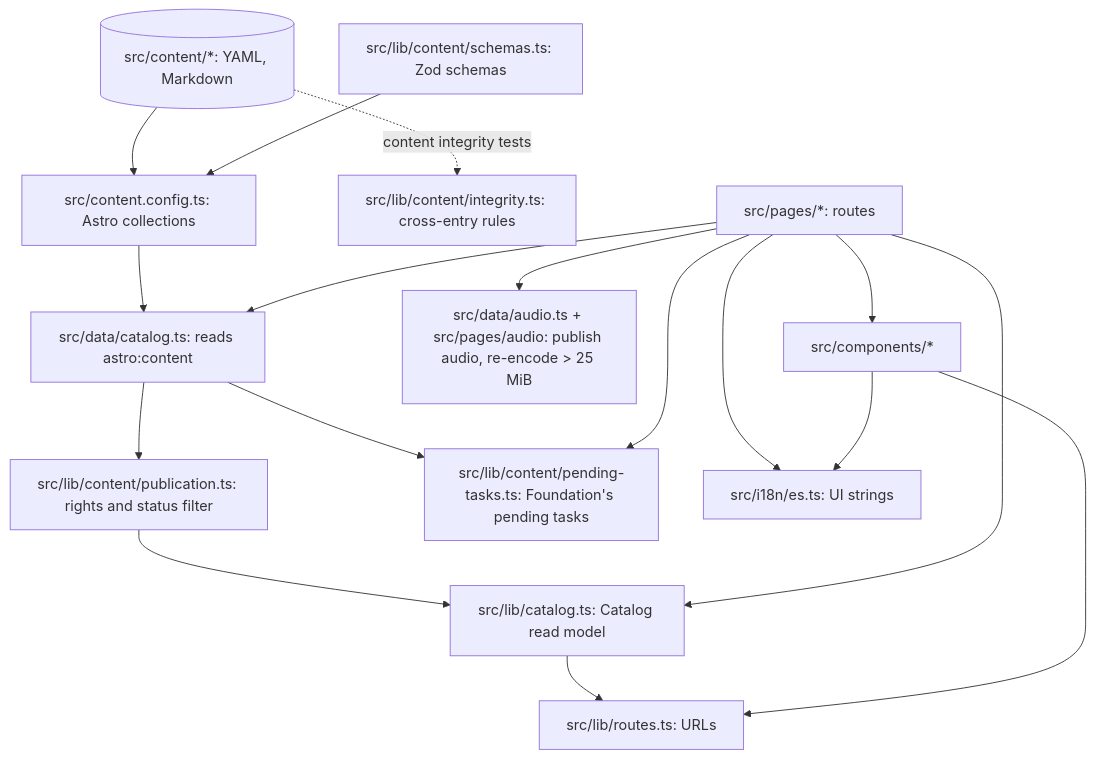
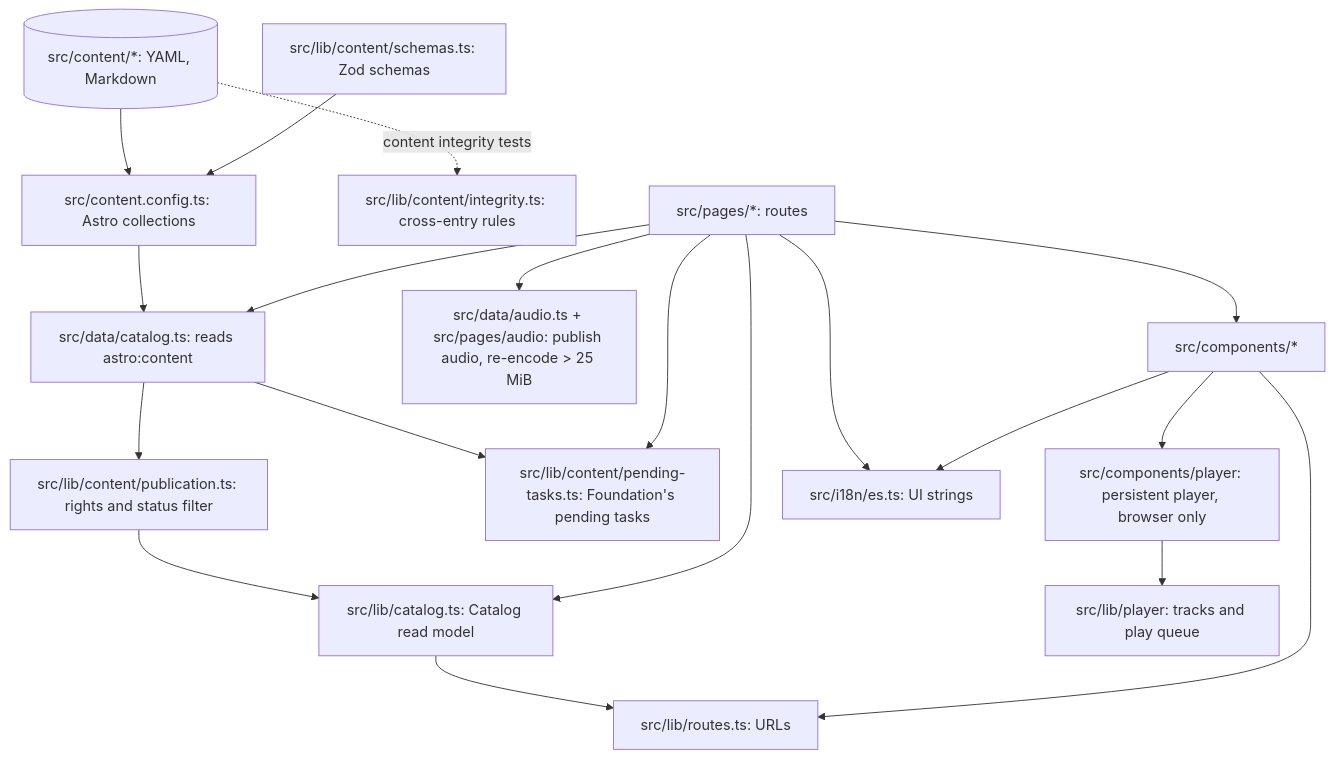
The third of 6 diagrams in docs/architecture.md (jordanmontt/AMADEU), drawn with Mermaid before and after one commit. The commit also changed other lines of this file and 37 other files, not shown here.

First line of the commit message:
feat: persistent audio player with a queue (H3)

````diff
--- a/docs/architecture.md
+++ b/docs/architecture.md
@@ -78,32 +78,36 @@
 ```mermaid
 flowchart TB
   files[(src/content/*: YAML, Markdown)]
   config[src/content.config.ts: Astro collections]
   schemas[src/lib/content/schemas.ts: Zod schemas]
   loader[src/data/catalog.ts: reads astro:content]
   publication[src/lib/content/publication.ts: rights and status filter]
   catalog[src/lib/catalog.ts: Catalog read model]
   routes[src/lib/routes.ts: URLs]
   integrity[src/lib/content/integrity.ts: cross-entry rules]
   tasks[src/lib/content/pending-tasks.ts: Foundation's pending tasks]
   audio[src/data/audio.ts + src/pages/audio: publish audio, re-encode > 25 MiB]
+  player[src/components/player: persistent player, browser only]
+  queue[src/lib/player: tracks and play queue]
   pages[src/pages/*: routes]
   components[src/components/*]
   i18n[src/i18n/es.ts: UI strings]
 
   files --> config
   schemas --> config
   config --> loader
   loader --> publication --> catalog
   catalog --> routes
   pages --> loader
   pages --> catalog
   pages --> components
   components --> routes
   pages --> i18n
   components --> i18n
   files -. "content integrity tests" .-> integrity
   loader --> tasks
   pages --> tasks
   pages --> audio
+  components --> player
+  player --> queue
 ```
````
